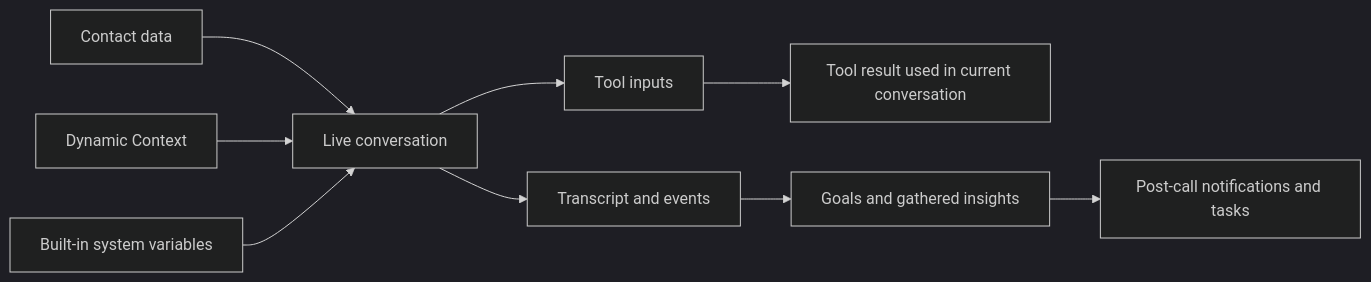
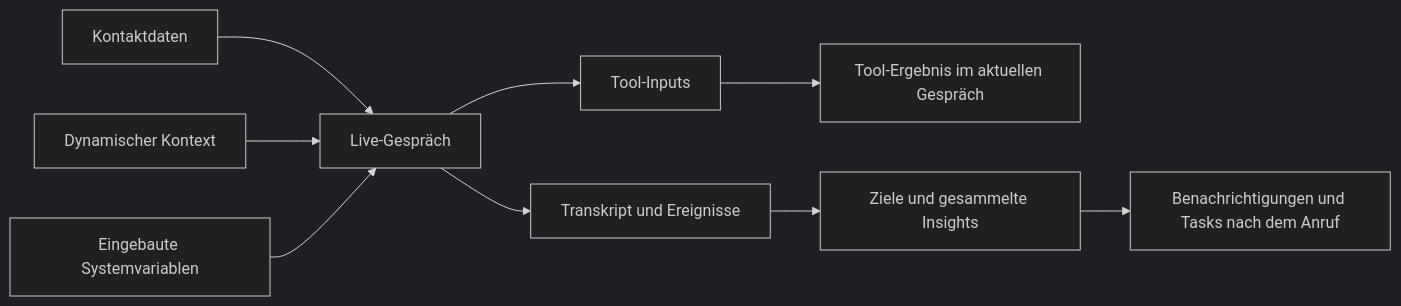
One commit to robertvy/docs changed the diagram in de/build/conversation/runtime-data-flow.mdx. Above: the diagram before and after it, drawn with Mermaid (dark theme). The commit also changed other lines of this file and 100 other files, not shown here.

````diff
--- a/de/build/conversation/runtime-data-flow.mdx
+++ b/de/build/conversation/runtime-data-flow.mdx
@@ -20,11 +20,11 @@
 ```mermaid
 graph LR
-    A[Contact data] --> D[Live conversation]
-    B[Dynamic Context] --> D
-    C[Built-in system variables] --> D
-    D --> E[Tool inputs]
-    E --> F[Tool result used in current conversation]
-    D --> G[Transcript and events]
-    G --> H[Goals and gathered insights]
-    H --> I[Post-call notifications and tasks]
+    A[Kontaktdaten] --> D[Live-Gespräch]
+    B[Dynamischer Kontext] --> D
+    C[Eingebaute Systemvariablen] --> D
+    D --> E[Tool-Inputs]
+    E --> F[Tool-Ergebnis im aktuellen Gespräch]
+    D --> G[Transkript und Ereignisse]
+    G --> H[Ziele und gesammelte Insights]
+    H --> I[Benachrichtigungen und Tasks nach dem Anruf]
 ```
````
